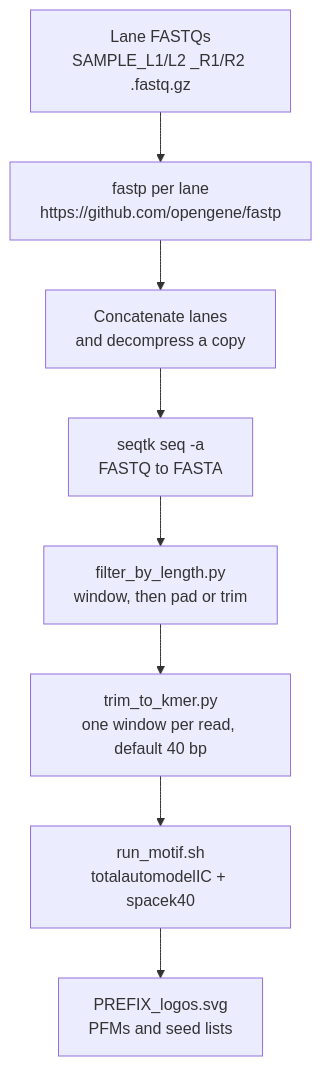
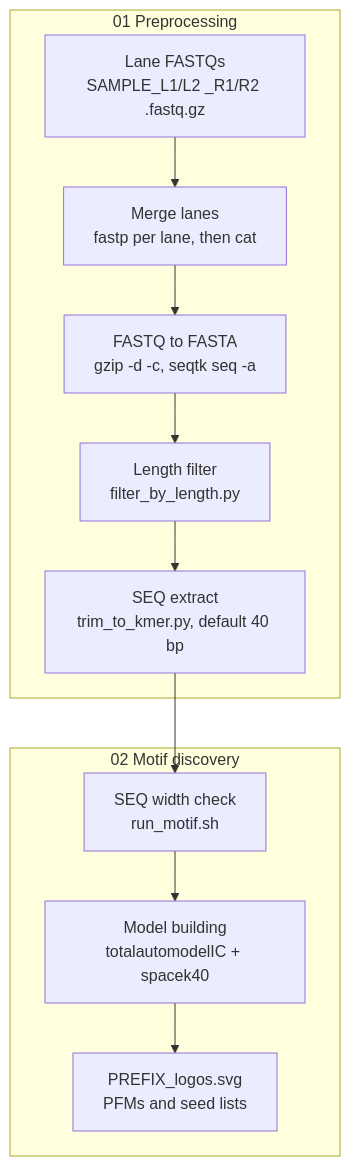
Before and after one commit to double2strand/SELEXpipe: the diagram in README.md, drawn with Mermaid. The commit also changed other lines of this file and 23 other files, not shown here.

````diff
--- a/README.md
+++ b/README.md
@@ -16,13 +18,18 @@
 ```mermaid
 flowchart TD
-  raw["Lane FASTQs<br/>SAMPLE_L1/L2 _R1/R2 .fastq.gz"]
-  fastp["fastp per lane<br/>https://github.com/opengene/fastp"]
-  cat["Concatenate lanes<br/>and decompress a copy"]
-  fasta["seqtk seq -a<br/>FASTQ to FASTA"]
-  filt["filter_by_length.py<br/>window, then pad or trim"]
-  kmer["trim_to_kmer.py<br/>one window per read, default 40 bp"]
-  motif["run_motif.sh<br/>totalautomodelIC + spacek40"]
-  logos["PREFIX_logos.svg<br/>PFMs and seed lists"]
-
-  raw --> fastp --> cat --> fasta --> filt --> kmer --> motif --> logos
+  subgraph pre ["01 Preprocessing"]
+    raw["Lane FASTQs<br/>SAMPLE_L1/L2 _R1/R2 .fastq.gz"]
+    merge["Merge lanes<br/>fastp per lane, then cat"]
+    fasta["FASTQ to FASTA<br/>gzip -d -c, seqtk seq -a"]
+    filt["Length filter<br/>filter_by_length.py"]
+    kmer["SEQ extract<br/>trim_to_kmer.py, default 40 bp"]
+    raw --> merge --> fasta --> filt --> kmer
+  end
+  subgraph mot ["02 Motif discovery"]
+    check["SEQ width check<br/>run_motif.sh"]
+    model["Model building<br/>totalautomodelIC + spacek40"]
+    logos["PREFIX_logos.svg<br/>PFMs and seed lists"]
+    check --> model --> logos
+  end
+  kmer --> check
 ```
````
